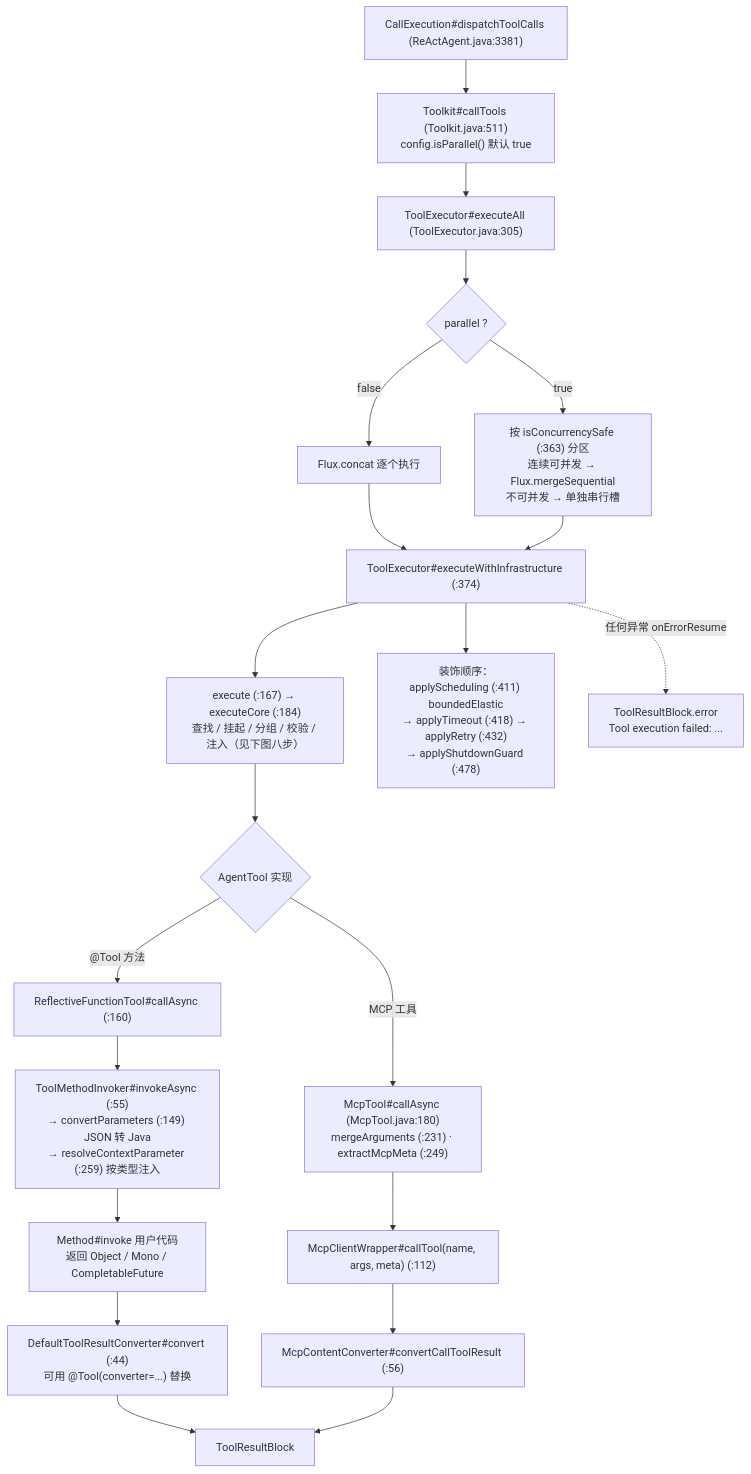
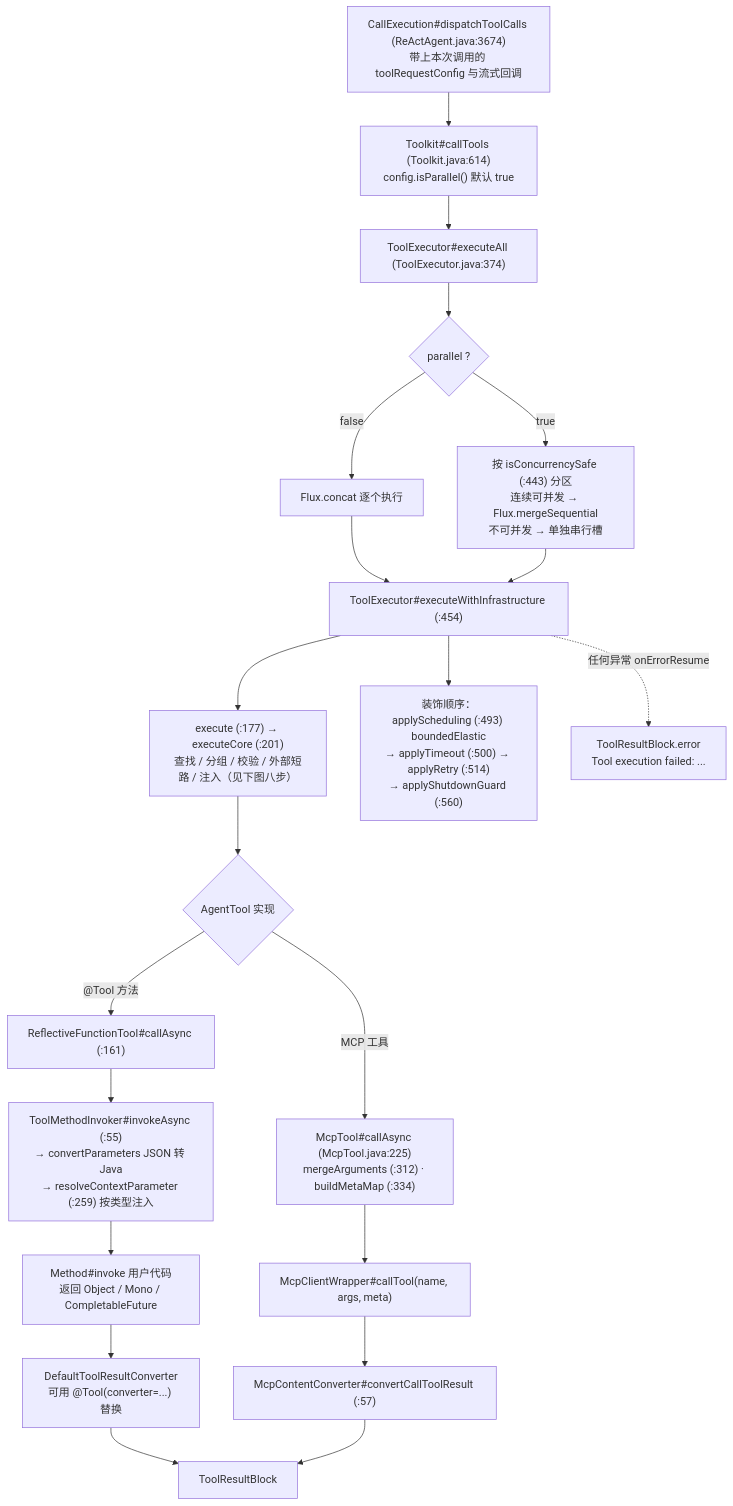
The third of 5 diagrams in 04-工具系统.md (liulangjietou/AgentScope-source-analysis), drawn with Mermaid before and after one commit. The commit also changed other lines of this file, not shown here.

Commit message:
docs(ch04): sync tool system to upstream main 2c503d88

````diff
--- a/04-工具系统.md
+++ b/04-工具系统.md
@@ -89,23 +101,23 @@
 ```mermaid
 flowchart TB
-    DT["CallExecution#dispatchToolCalls (ReActAgent.java:3381)"] --> CT["Toolkit#callTools (Toolkit.java:511)<br/>config.isParallel() 默认 true"]
-    CT --> EA["ToolExecutor#executeAll (ToolExecutor.java:305)"]
+    DT["CallExecution#dispatchToolCalls (ReActAgent.java:3674)<br/>带上本次调用的 toolRequestConfig 与流式回调"] --> CT["Toolkit#callTools (Toolkit.java:614)<br/>config.isParallel() 默认 true"]
+    CT --> EA["ToolExecutor#executeAll (ToolExecutor.java:374)"]
     EA --> PAR{"parallel ?"}
     PAR -->|"false"| SEQ["Flux.concat 逐个执行"]
-    PAR -->|"true"| PART["按 isConcurrencySafe (:363) 分区<br/>连续可并发 → Flux.mergeSequential<br/>不可并发 → 单独串行槽"]
+    PAR -->|"true"| PART["按 isConcurrencySafe (:443) 分区<br/>连续可并发 → Flux.mergeSequential<br/>不可并发 → 单独串行槽"]
     SEQ --> WI
-    PART --> WI["ToolExecutor#executeWithInfrastructure (:374)"]
-    WI --> EX["execute (:167) → executeCore (:184)<br/>查找 / 挂起 / 分组 / 校验 / 注入（见下图八步）"]
-    WI --> DEC["装饰顺序：applyScheduling (:411) boundedElastic<br/>→ applyTimeout (:418) → applyRetry (:432)<br/>→ applyShutdownGuard (:478)"]
+    PART --> WI["ToolExecutor#executeWithInfrastructure (:454)"]
+    WI --> EX["execute (:177) → executeCore (:201)<br/>查找 / 分组 / 校验 / 外部短路 / 注入（见下图八步）"]
+    WI --> DEC["装饰顺序：applyScheduling (:493) boundedElastic<br/>→ applyTimeout (:500) → applyRetry (:514)<br/>→ applyShutdownGuard (:560)"]
     EX --> KIND{"AgentTool 实现"}
-    KIND -->|"@Tool 方法"| RFT["ReflectiveFunctionTool#callAsync (:160)"]
-    RFT --> INV["ToolMethodInvoker#invokeAsync (:55)<br/>→ convertParameters (:149) JSON 转 Java<br/>→ resolveContextParameter (:259) 按类型注入"]
+    KIND -->|"@Tool 方法"| RFT["ReflectiveFunctionTool#callAsync (:161)"]
+    RFT --> INV["ToolMethodInvoker#invokeAsync (:55)<br/>→ convertParameters JSON 转 Java<br/>→ resolveContextParameter (:259) 按类型注入"]
     INV --> MI["Method#invoke 用户代码<br/>返回 Object / Mono / CompletableFuture"]
-    MI --> CONV["DefaultToolResultConverter#convert (:44)<br/>可用 @Tool(converter=...) 替换"]
-    KIND -->|"MCP 工具"| MT["McpTool#callAsync (McpTool.java:180)<br/>mergeArguments (:231) · extractMcpMeta (:249)"]
-    MT --> MCW["McpClientWrapper#callTool(name, args, meta) (:112)"]
-    MCW --> MCC["McpContentConverter#convertCallToolResult (:56)"]
+    MI --> CONV["DefaultToolResultConverter<br/>可用 @Tool(converter=...) 替换"]
+    KIND -->|"MCP 工具"| MT["McpTool#callAsync (McpTool.java:225)<br/>mergeArguments (:312) · buildMetaMap (:334)"]
+    MT --> MCW["McpClientWrapper#callTool(name, args, meta)"]
+    MCW --> MCC["McpContentConverter#convertCallToolResult (:57)"]
     CONV --> OUT["ToolResultBlock"]
     MCC --> OUT
     WI -.->|"任何异常 onErrorResume"| ERR["ToolResultBlock.error<br/>Tool execution failed: ..."]
 ```
````
